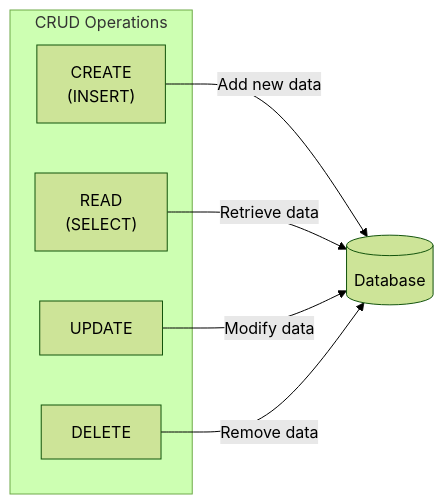
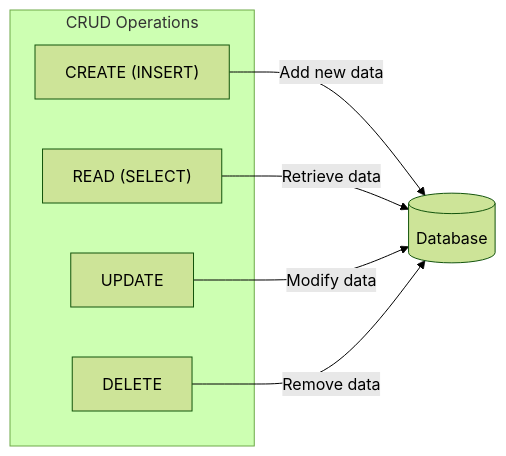
The first of 16 diagrams in SQL/readmeClV1.md (pentoshi007/prep), drawn with Mermaid (forest theme) before and after one commit. The commit also changed other lines of this file and 1 other file, not shown here.

````diff
--- a/SQL/readmeClV1.md
+++ b/SQL/readmeClV1.md
@@ -42,14 +42,14 @@
 ```mermaid
 flowchart LR
     subgraph CRUD["CRUD Operations"]
-        C["CREATE\n(INSERT)"]
-        R["READ\n(SELECT)"]
+        C["CREATE (INSERT)"]
+        R["READ (SELECT)"]
         U["UPDATE"]
         D["DELETE"]
     end
 
     C -->|"Add new data"| DB[(Database)]
     R -->|"Retrieve data"| DB
     U -->|"Modify data"| DB
     D -->|"Remove data"| DB
 ```
````
